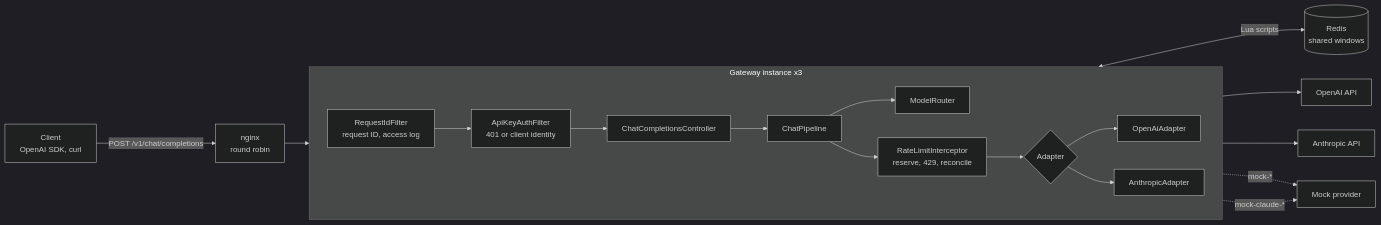
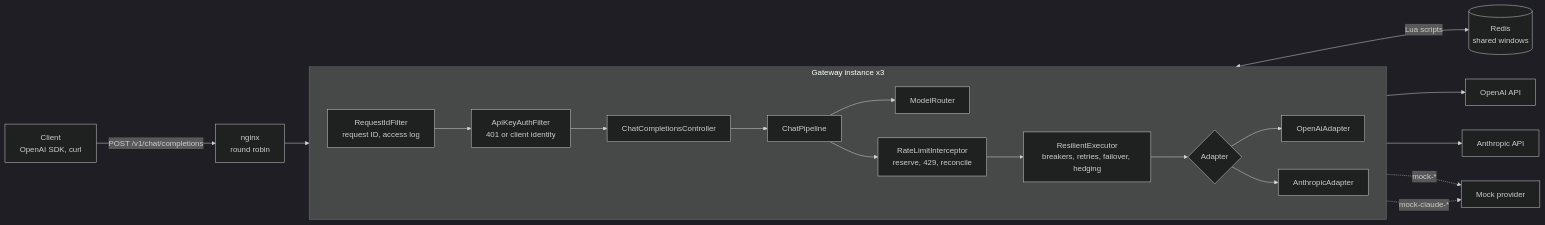
Before and after one commit to arsheen2244/llm-gateway: the diagram in README.md, drawn with Mermaid (dark theme). The commit also changed other lines of this file, not shown here.

First line of the commit message:
README for week 3: resilience features, architecture and measurements

````diff
--- a/README.md
+++ b/README.md
@@ -104,23 +109,24 @@
 ```mermaid
 flowchart LR
     C[Client<br/>OpenAI SDK, curl] -->|POST /v1/chat/completions| N[nginx<br/>round robin]
     N --> F
 
     subgraph GW[Gateway instance x3]
         direction LR
         F[RequestIdFilter<br/>request ID, access log] --> K[ApiKeyAuthFilter<br/>401 or client identity]
         K --> CT[ChatCompletionsController]
         CT --> P[ChatPipeline]
         P --> R[ModelRouter]
         P --> RL[RateLimitInterceptor<br/>reserve, 429, reconcile]
-        RL --> A{Adapter}
+        RL --> EX[ResilientExecutor<br/>breakers, retries, failover, hedging]
+        EX --> A{Adapter}
         A --> OA[OpenAiAdapter]
         A --> AA[AnthropicAdapter]
     end
 
     RL <-->|Lua scripts| RD[(Redis<br/>shared windows)]
     OA --> OAPI[OpenAI API]
     AA --> AAPI[Anthropic API]
     OA -. mock-* .-> M[Mock provider]
     AA -. mock-claude-* .-> M
 ```
````
